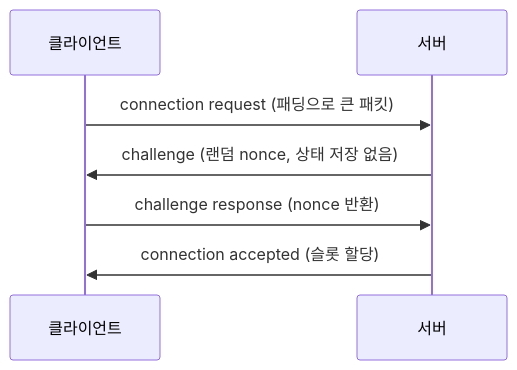
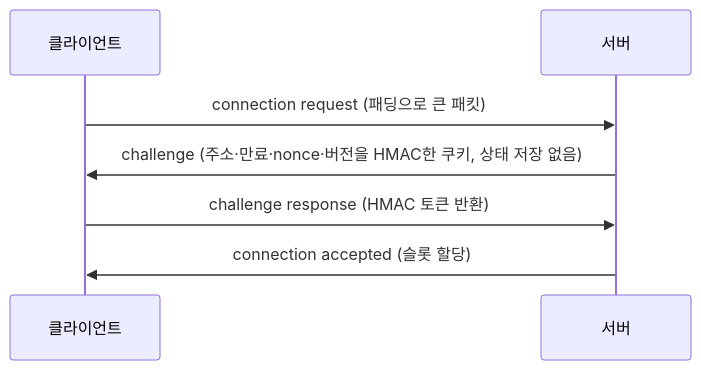
Before and after one commit to Rein-ArXiv/game-dev-curriculum: the second of 2 diagrams in network/part07_connectivity_session_security.md, drawn with Mermaid. The commit also changed other lines of this file and 279 other files, not shown here.

````diff
--- a/network/part07_connectivity_session_security.md
+++ b/network/part07_connectivity_session_security.md
@@ -184,9 +184,9 @@
 ```mermaid
 sequenceDiagram
     participant C as 클라이언트
     participant S as 서버
     C->>S: connection request (패딩으로 큰 패킷)
-    S->>C: challenge (랜덤 nonce, 상태 저장 없음)
-    C->>S: challenge response (nonce 반환)
+    S->>C: challenge (주소·만료·nonce·버전을 HMAC한 쿠키, 상태 저장 없음)
+    C->>S: challenge response (HMAC 토큰 반환)
     S->>C: connection accepted (슬롯 할당)
 ```
````
